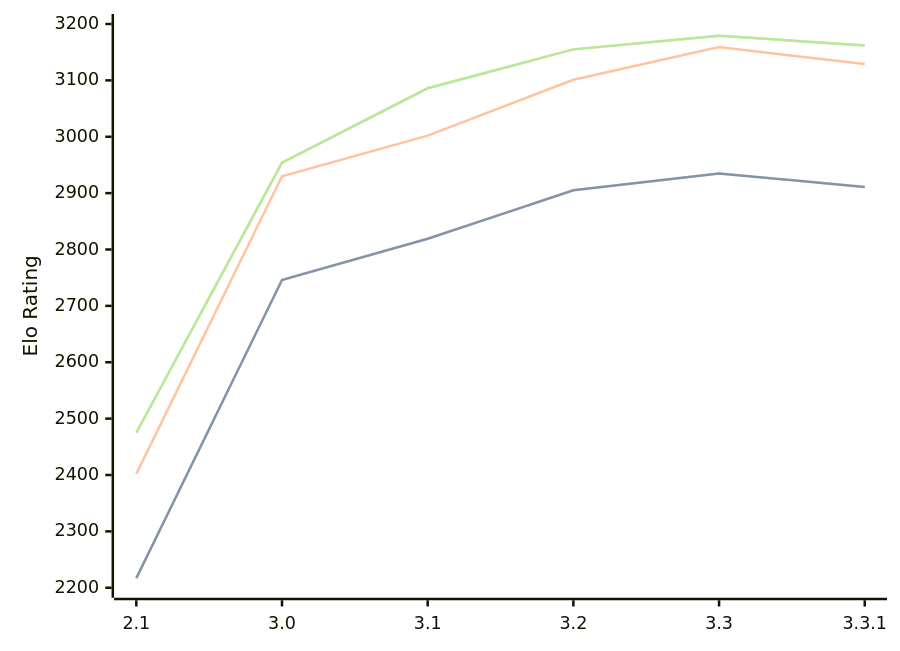
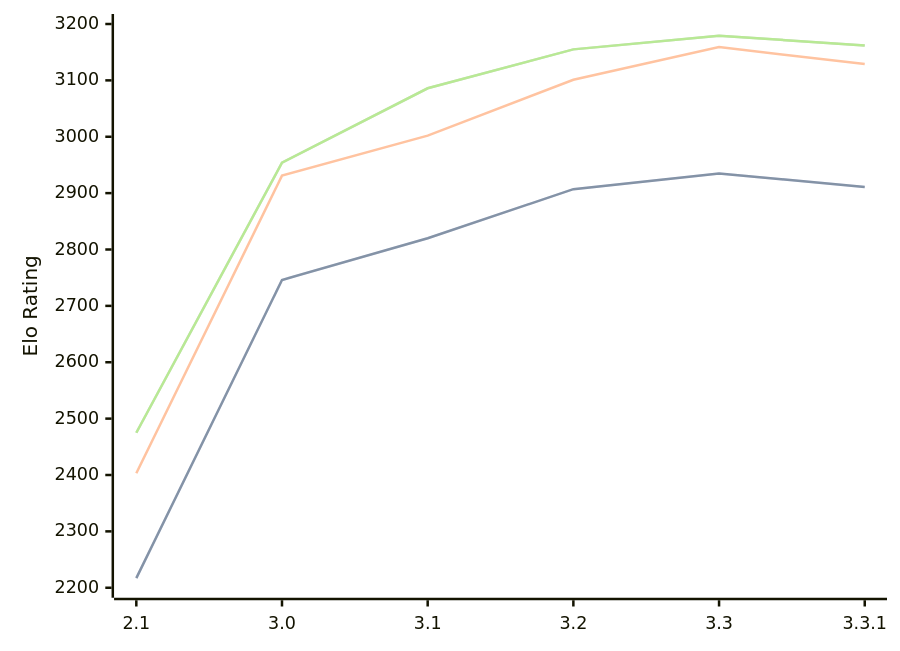
One commit to computer-chess-index/cci changed the diagram in engines/Petrel.md. Above: the diagram before and after it, drawn with Mermaid. The commit also changed other lines of this file, not shown here.

````diff
--- a/engines/Petrel.md
+++ b/engines/Petrel.md
@@ -45,11 +45,11 @@
 ```mermaid
 %%{init: {"theme":"base","themeVariables":{"seriesColors:['#a3a3a3','#222221','#faa371']}}}%%
 xychart-beta
   x-axis ["2.1", "3.0", "3.1", "3.2", "3.3", "3.3.1"]
   y-axis "Elo Rating" 2200 --> 3200
-  line "STC (8.0+0.08s)" [2217, 2746, 2819, 2905, 2935, 2911]
-  line "STC (8.0+0.08s)" [2217, 2746, 2819, 2905, 2935, 2911]
-  line "LTC (60.0+0.60s)" [2402, 2930, 3002, 3101, 3159, 3129]
+  line "STC (8.0+0.08s)" [2217, 2746, 2820, 2907, 2935, 2911]
+  line "STC (8.0+0.08s)" [2217, 2746, 2820, 2907, 2935, 2911]
+  line "LTC (60.0+0.60s)" [2403, 2931, 3002, 3101, 3159, 3129]
   line "VLTC (2m24s+1.12s)" [2475, 2954, 3086, 3155, 3179, 3162]
   line "VLTC (2m24s+1.12s)" [2475, 2954, 3086, 3155, 3179, 3162]
 ```
````
